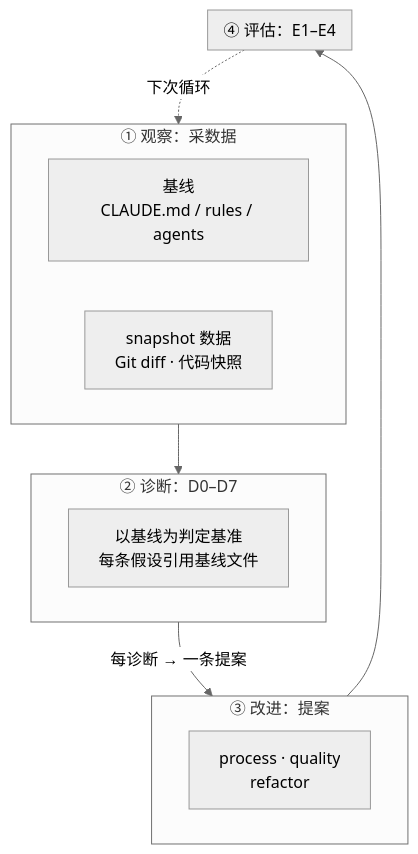
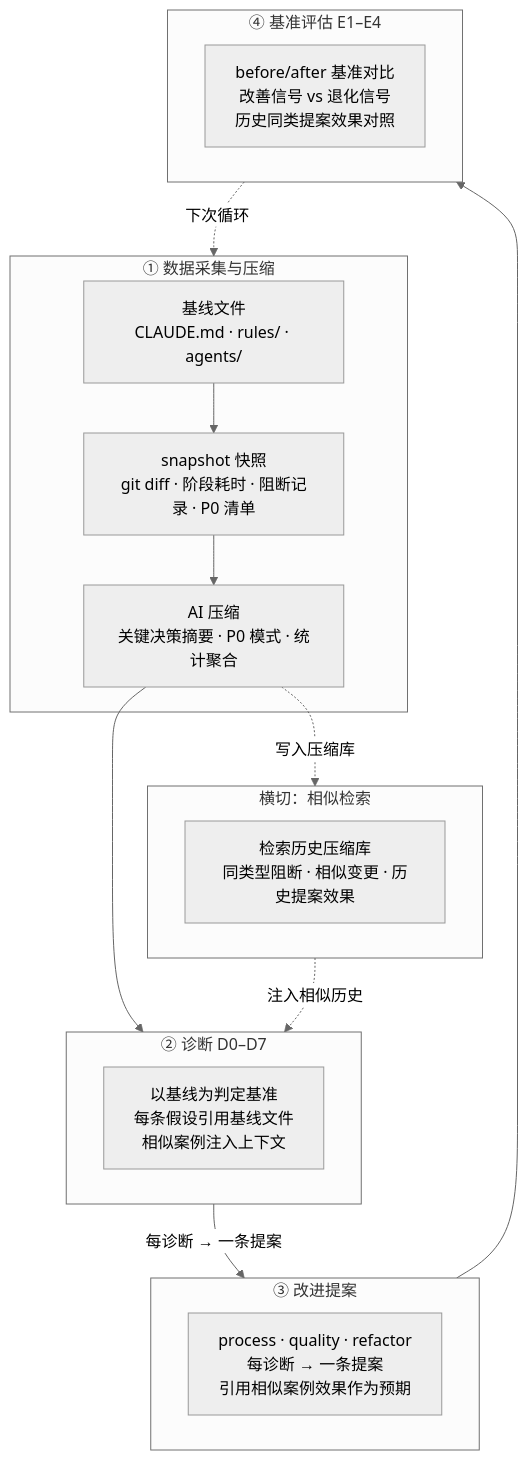
One commit to effiy/YrY changed the first of 14 diagrams in rules/self-improve.md. Above: the diagram before and after it, drawn with Mermaid (neutral theme). The commit also changed other lines of this file and 4 other files, not shown here.

````diff
--- a/rules/self-improve.md
+++ b/rules/self-improve.md
@@ -14,24 +30,34 @@
 ```mermaid
 flowchart TB
-    subgraph 观察["① 观察：采数据"]
-        BASE["基线<br/>CLAUDE.md / rules / agents"]:::base
-        SNAP["snapshot 数据<br/>Git diff · 代码快照"]:::data
+    subgraph 采集["① 数据采集与压缩"]
+        BASE["基线文件<br/>CLAUDE.md · rules/ · agents/"]:::base
+        SNAP["snapshot 快照<br/>git diff · 阶段耗时 · 阻断记录 · P0 清单"]:::data
+        COMPRESS["AI 压缩<br/>关键决策摘要 · P0 模式 · 统计聚合"]:::comp
     end
 
-    subgraph 诊断["② 诊断：D0–D7"]
-        D_ALL["以基线为判定基准<br/>每条假设引用基线文件"]:::diag
+    subgraph 检索["横切：相似检索"]
+        RETRIEVE["检索历史压缩库<br/>同类型阻断 · 相似变更 · 历史提案效果"]:::ret
     end
 
-    subgraph 改进["③ 改进：提案"]
-        PRC["process · quality<br/>refactor"]:::prop
+    subgraph 诊断["② 诊断 D0–D7"]
+        D_ALL["以基线为判定基准<br/>每条假设引用基线文件<br/>相似案例注入上下文"]:::diag
     end
 
-    subgraph 评估["④ 评估：E1–E4"]
+    subgraph 改进["③ 改进提案"]
+        PROP["process · quality · refactor<br/>每诊断 → 一条提案<br/>引用相似案例效果作为预期"]:::prop
     end
 
-    观察 --> 诊断
+    subgraph 评估["④ 基准评估 E1–E4"]
+        EVAL["before/after 基准对比<br/>改善信号 vs 退化信号<br/>历史同类提案效果对照"]:::eval
+    end
+
+    BASE --> SNAP
+    SNAP --> COMPRESS
+    COMPRESS --> 诊断
+    检索 -.->|"注入相似历史"| 诊断
     诊断 -->|"每诊断 → 一条提案"| 改进
     改进 --> 评估
-    评估 -.->|"下次循环"| 观察
+    评估 -.->|"下次循环"| 采集
+    COMPRESS -.->|"写入压缩库"| 检索
 
 ```
````
